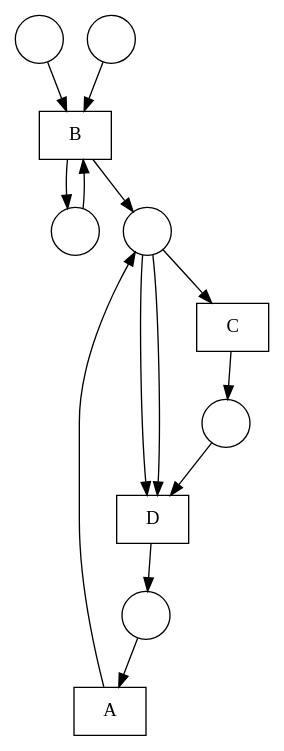
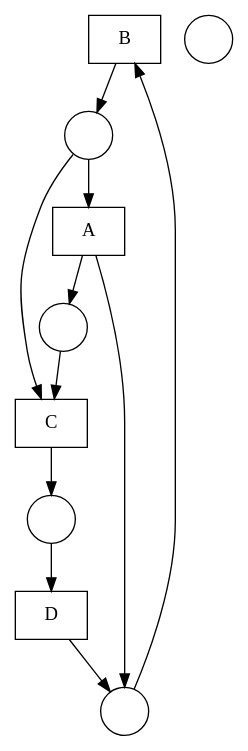
The diagram in nets/Fittest net.gv (DWitek97/GeneticMiner), drawn with Graphviz before and after one commit. The commit also changed 6 other files, not shown here.

```diff
--- a/nets/Fittest net.gv
+++ b/nets/Fittest net.gv
@@ -1,27 +1,23 @@
 digraph "Fittest net" {
 	node [shape=box]
 	B [label=B]
-	D [label=D]
 	C [label=C]
 	A [label=A]
+	D [label=D]
 	node [shape=circle]
 	1 [label=" "]
 	2 [label=" "]
 	3 [label=" "]
 	4 [label=" "]
 	5 [label=" "]
-	6 [label=" "]
 	4 -> B
-	2 -> B
-	3 -> B
-	B -> 5
-	B -> 3
-	5 -> D
-	6 -> D
-	5 -> D
-	D -> 1
-	5 -> C
-	C -> 6
+	B -> 1
+	3 -> C
+	1 -> C
+	C -> 2
 	1 -> A
-	A -> 5
+	A -> 4
+	A -> 3
+	2 -> D
+	D -> 4
 }
```
